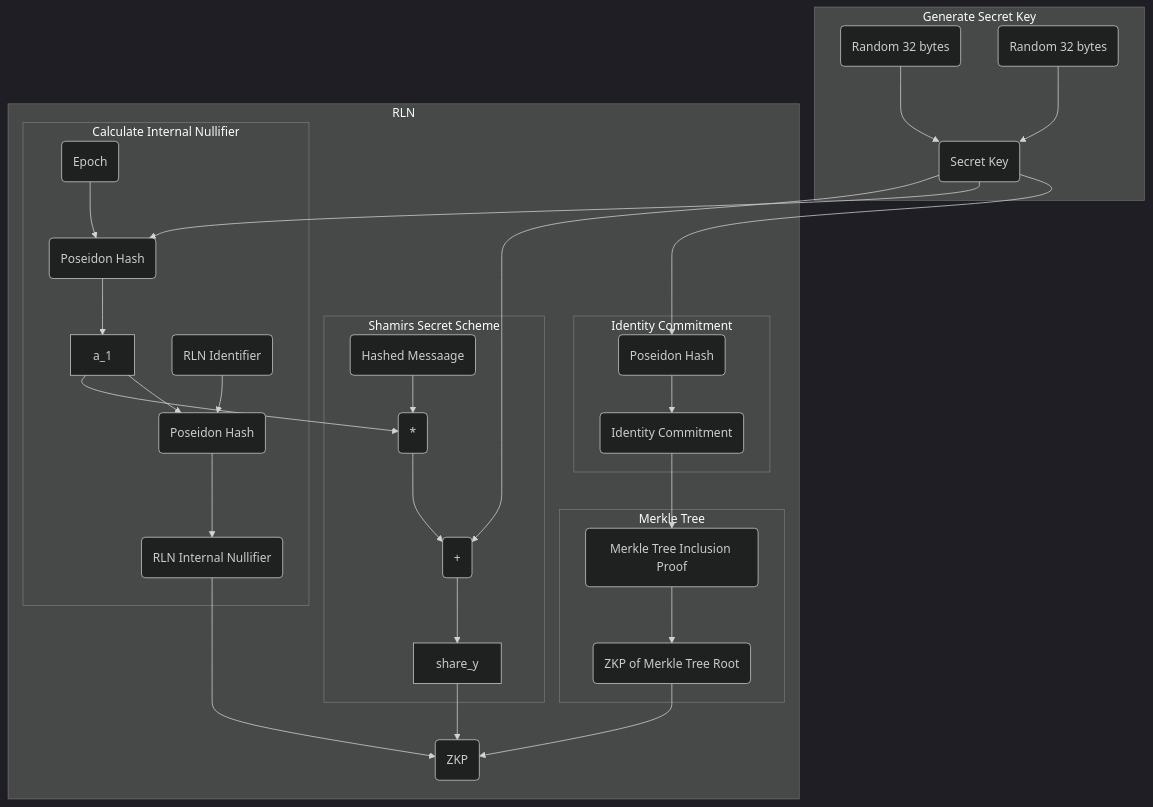
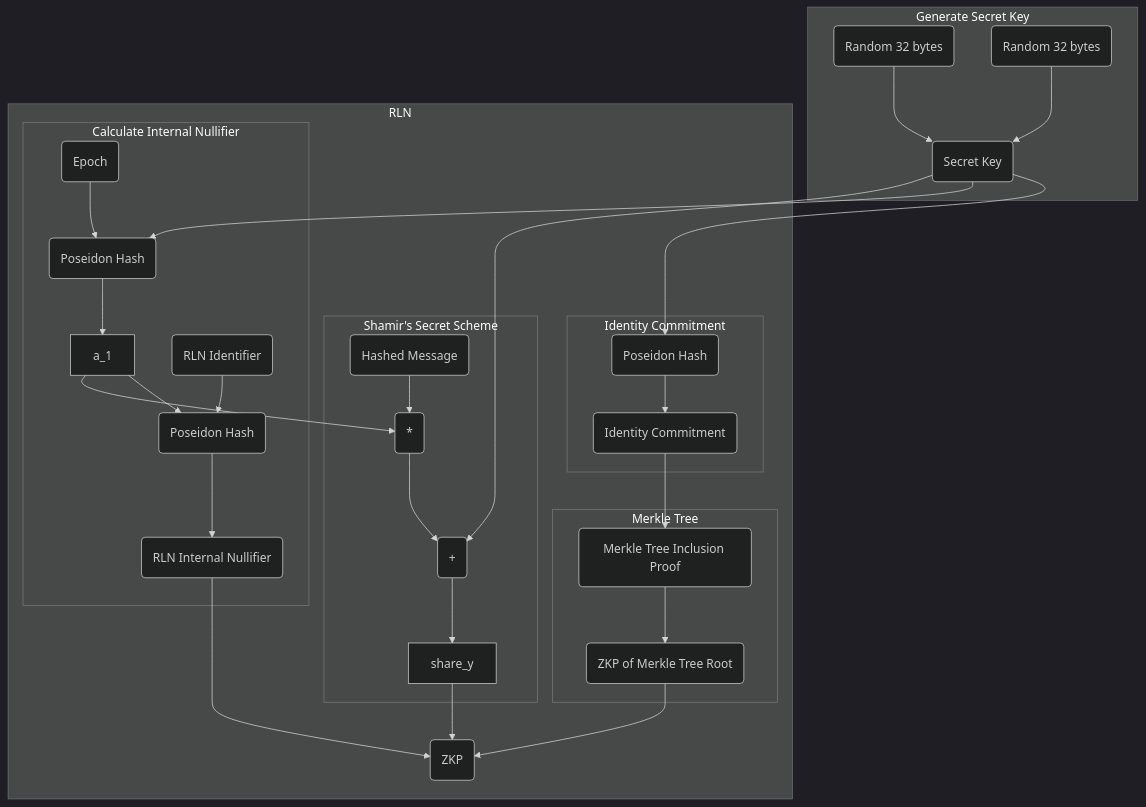
The diagram in src/mermaid.md (Rate-Limiting-Nullifier/rln-docs), drawn with Mermaid (dark theme) before and after one commit. The commit also changed 14 other files, not shown here.

````diff
--- a/src/mermaid.md
+++ b/src/mermaid.md
@@ -1,43 +1,43 @@
 ```mermaid
 flowchart TB
 
     subgraph Generate Secret Key
       random0(Random 32 bytes) --> a_0(Secret Key)
       random1(Random 32 bytes) --> a_0
     end
 
     subgraph RLN
 
       subgraph Identity Commitment
         a_0 --> h0(Poseidon Hash)
         h0 --> q(Identity Commitment)
       end
 
       subgraph Calculate Internal Nullifier
         a_0 --> h1(Poseidon Hash)
         epoch(Epoch) --> h1
         h1 --> a_1
         rln_identifier(RLN Identifier) --> h2(Poseidon Hash)
         a_1 --> h2
         h2 --> nullifier(RLN Internal Nullifier)
       end
 
       subgraph Merkle Tree
         q --> merkle_tree_inclusion_proof(Merkle Tree Inclusion Proof)
         merkle_tree_inclusion_proof --> root(ZKP of Merkle Tree Root)
       end
 
-      subgraph Shamirs Secret Scheme
+      subgraph Shamir's Secret Scheme
         a_0 --> plus(+)
         a_1 --> multiply(*)
-        x(Hashed Messaage) --> multiply
+        x(Hashed Message) --> multiply
         multiply --> plus
         plus --> share_y
       end
 
         nullifier --> proof(ZKP)
         root --> proof
         share_y --> proof
     end
 
 ```
````
